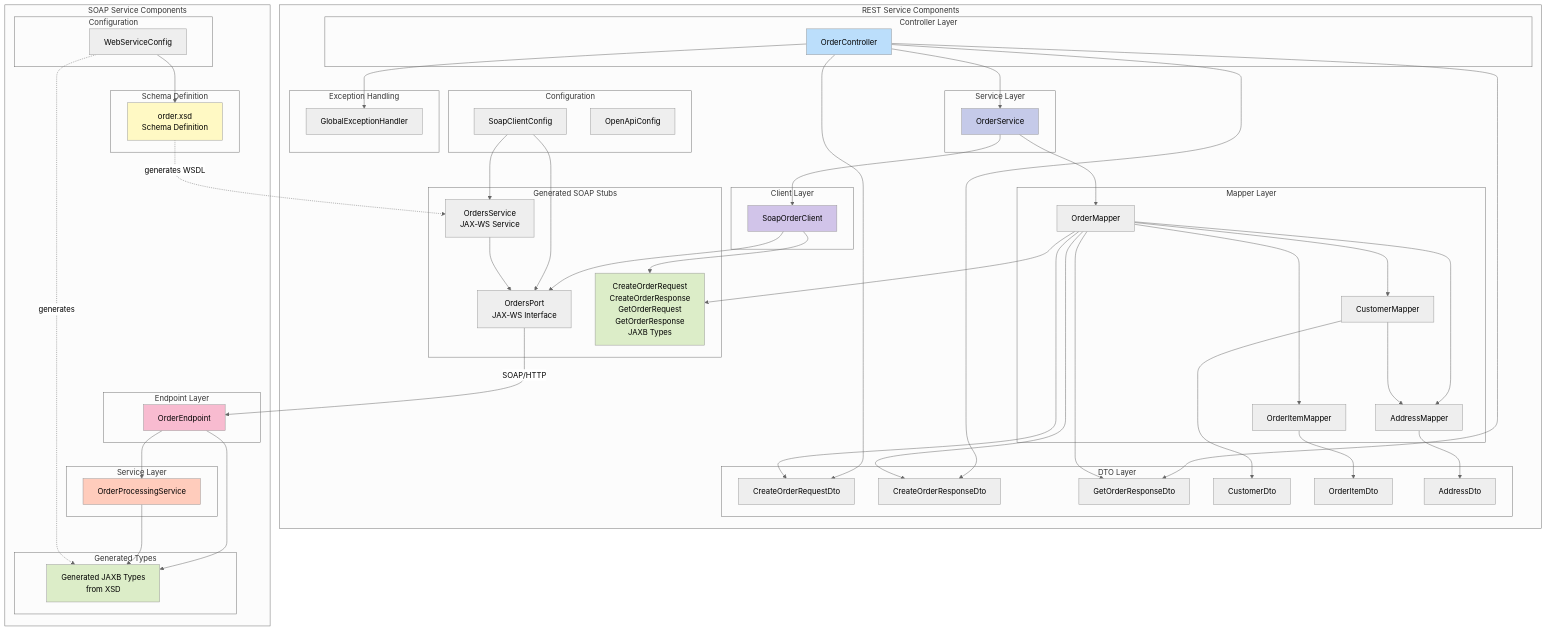
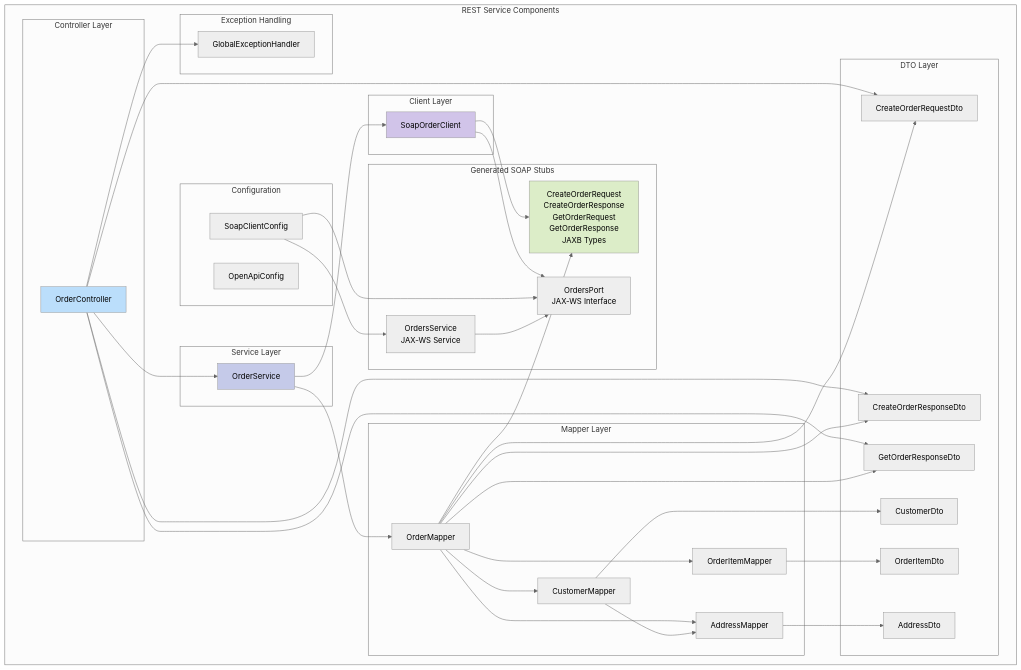
One commit to thuongtlh/soap-demo changed the second of 4 diagrams in docs/component-diagram.md. Above: the diagram before and after it, drawn with Mermaid (neutral theme). The commit also changed other lines of this file and 4 other files, not shown here.

Commit message:
Update docs folder to include new services (inventory-soap-service and rest-service-gateway)

````diff
--- a/docs/component-diagram.md
+++ b/docs/component-diagram.md
@@ -49,28 +124,6 @@
         end
     end
     
-    subgraph "SOAP Service Components"
-        subgraph "Endpoint Layer"
-            OrderEndpoint[OrderEndpoint]
-        end
-        
-        subgraph "Service Layer "
-            OrderProcessingService[OrderProcessingService]
-        end
-        
-        subgraph "Configuration "
-            WebServiceConfig[WebServiceConfig]
-        end
-        
-        subgraph "Generated Types"
-            JaxbTypes[Generated JAXB Types<br/>from XSD]
-        end
-        
-        subgraph "Schema Definition"
-            OrderXSD[order.xsd<br/>Schema Definition]
-        end
-    end
-    
     %% REST Service Dependencies
     OrderController --> OrderService
     OrderController --> CreateOrderReqDto
@@ -102,26 +155,8 @@
     
     OrdersService --> OrdersPort
     
-    %% SOAP Service Dependencies
-    OrderEndpoint --> OrderProcessingService
-    OrderEndpoint --> JaxbTypes
-    
-    OrderProcessingService --> JaxbTypes
-    
-    WebServiceConfig --> OrderXSD
-    WebServiceConfig -.generates.-> JaxbTypes
-    
-    OrderXSD -.generates WSDL.-> OrdersService
-    
-    %% Cross-service dependency
-    OrdersPort -->|SOAP/HTTP| OrderEndpoint
-    
     style OrderController fill:#bbdefb
     style OrderService fill:#c5cae9
     style SoapOrderClient fill:#d1c4e9
-    style OrderEndpoint fill:#f8bbd0
-    style OrderProcessingService fill:#ffccbc
-    style OrderXSD fill:#fff9c4
     style SoapTypes fill:#dcedc8
-    style JaxbTypes fill:#dcedc8
 ```
````
